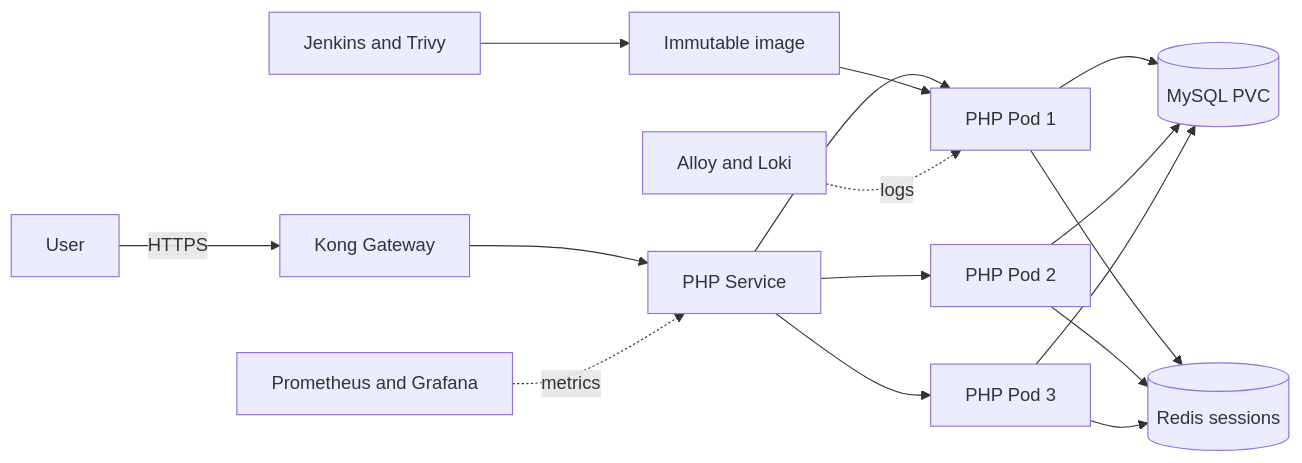
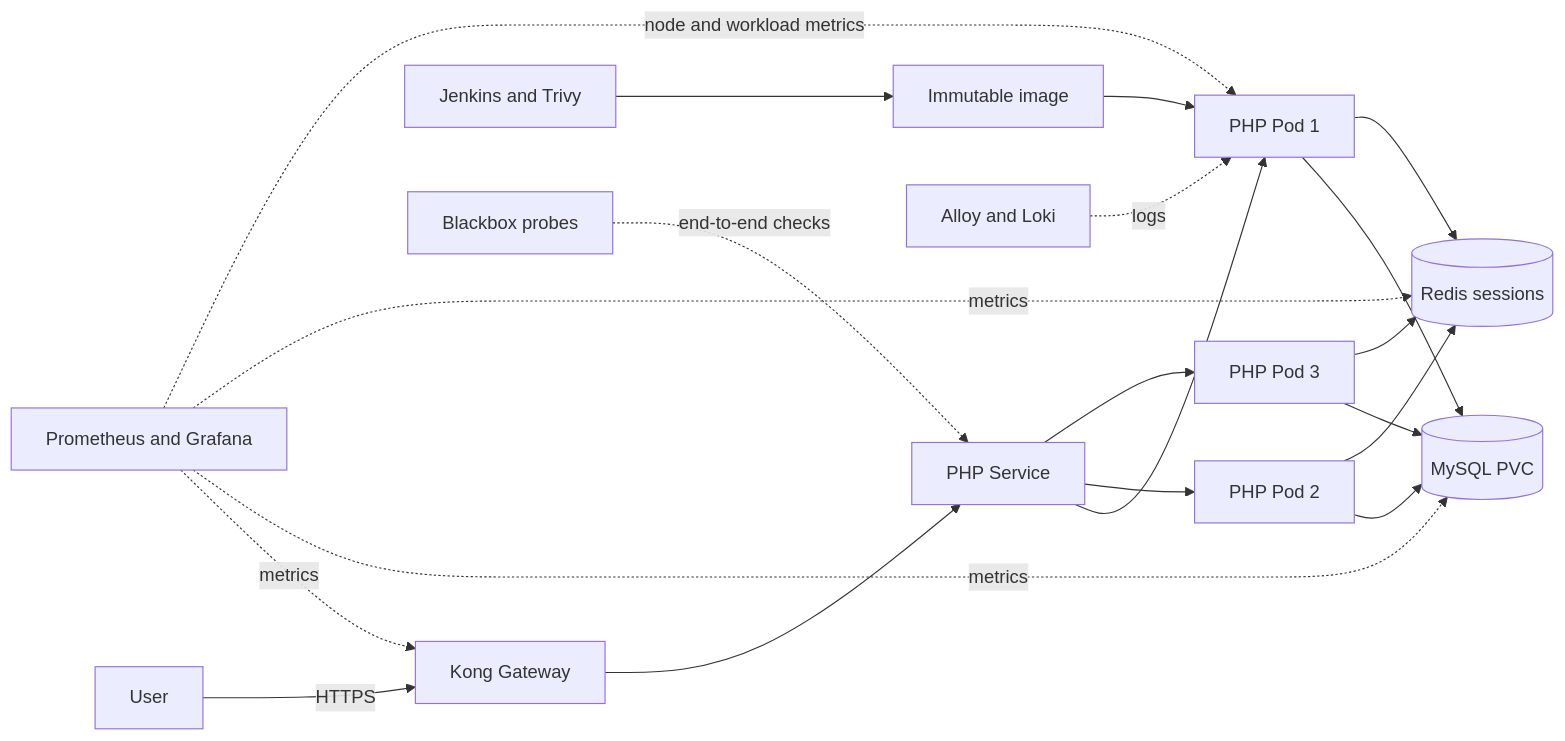
Before and after one commit to CNAS-Team/CNAS-Assg: the diagram in README.md, drawn with Mermaid. The commit also changed other lines of this file and 19 other files, not shown here.

```diff
--- a/README.md
+++ b/README.md
@@ -7,18 +7,22 @@
 ~~~mermaid
 flowchart LR
     user[User] -->|HTTPS| kong[Kong Gateway]
     kong --> service[PHP Service]
     service --> php1[PHP Pod 1]
     service --> php2[PHP Pod 2]
     service --> php3[PHP Pod 3]
     php1 --> mysql[(MySQL PVC)]
     php2 --> mysql
     php3 --> mysql
     php1 --> redis[(Redis sessions)]
     php2 --> redis
     php3 --> redis
     jenkins[Jenkins and Trivy] --> registry[Immutable image]
     registry --> php1
-    prometheus[Prometheus and Grafana] -. metrics .-> service
+    prometheus[Prometheus and Grafana] -. metrics .-> kong
+    prometheus -. metrics .-> mysql
+    prometheus -. metrics .-> redis
+    prometheus -. node and workload metrics .-> php1
+    blackbox[Blackbox probes] -. end-to-end checks .-> service
     alloy[Alloy and Loki] -. logs .-> php1
 ~~~
```
